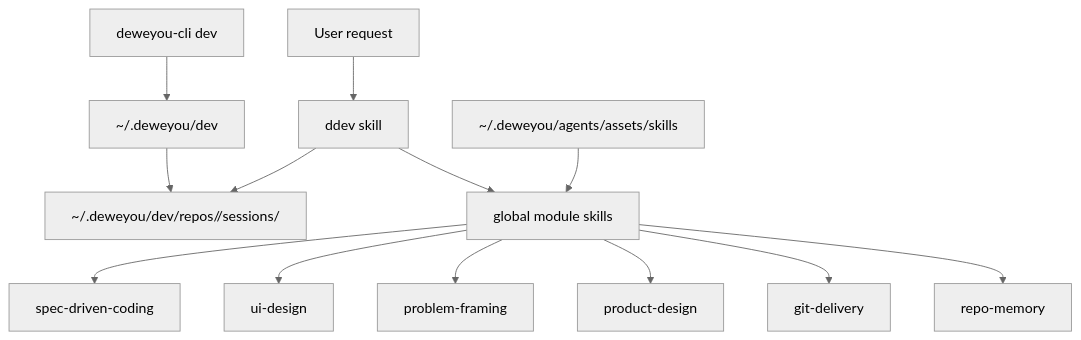
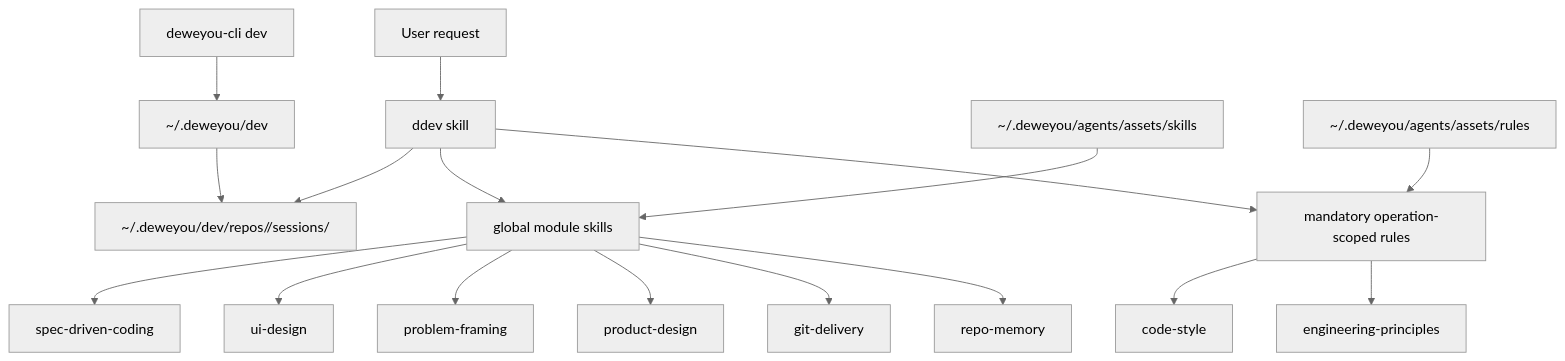
The diagram in docs/ddev-framework.md (deweyou/harness), drawn with Mermaid (neutral theme) before and after one commit. The commit also changed other lines of this file and 11 other files, not shown here.

Commit message:
feat(ddev): require cached engineering rules

````diff
--- a/docs/ddev-framework.md
+++ b/docs/ddev-framework.md
@@ -50,15 +51,19 @@
 ```mermaid
 flowchart TD
     User["User request"] --> DDev["ddev skill"]
     CLI["deweyou-cli dev"] --> Runtime["~/.deweyou/dev"]
     Runtime --> State["~/.deweyou/dev/repos/<repo-id>/sessions/<branch>"]
     DDev --> State
     Cache["~/.deweyou/agents/assets/skills"] --> Modules["global module skills"]
+    RuleCache["~/.deweyou/agents/assets/rules"] --> Rules["mandatory operation-scoped rules"]
     DDev --> Modules
+    DDev --> Rules
+    Rules --> CodeStyle["code-style"]
+    Rules --> Engineering["engineering-principles"]
     Modules --> Coding["spec-driven-coding"]
     Modules --> UI["ui-design"]
     Modules --> Framing["problem-framing"]
     Modules --> Product["product-design"]
     Modules --> Delivery["git-delivery"]
     Modules --> Memory["repo-memory"]
 ```
````
